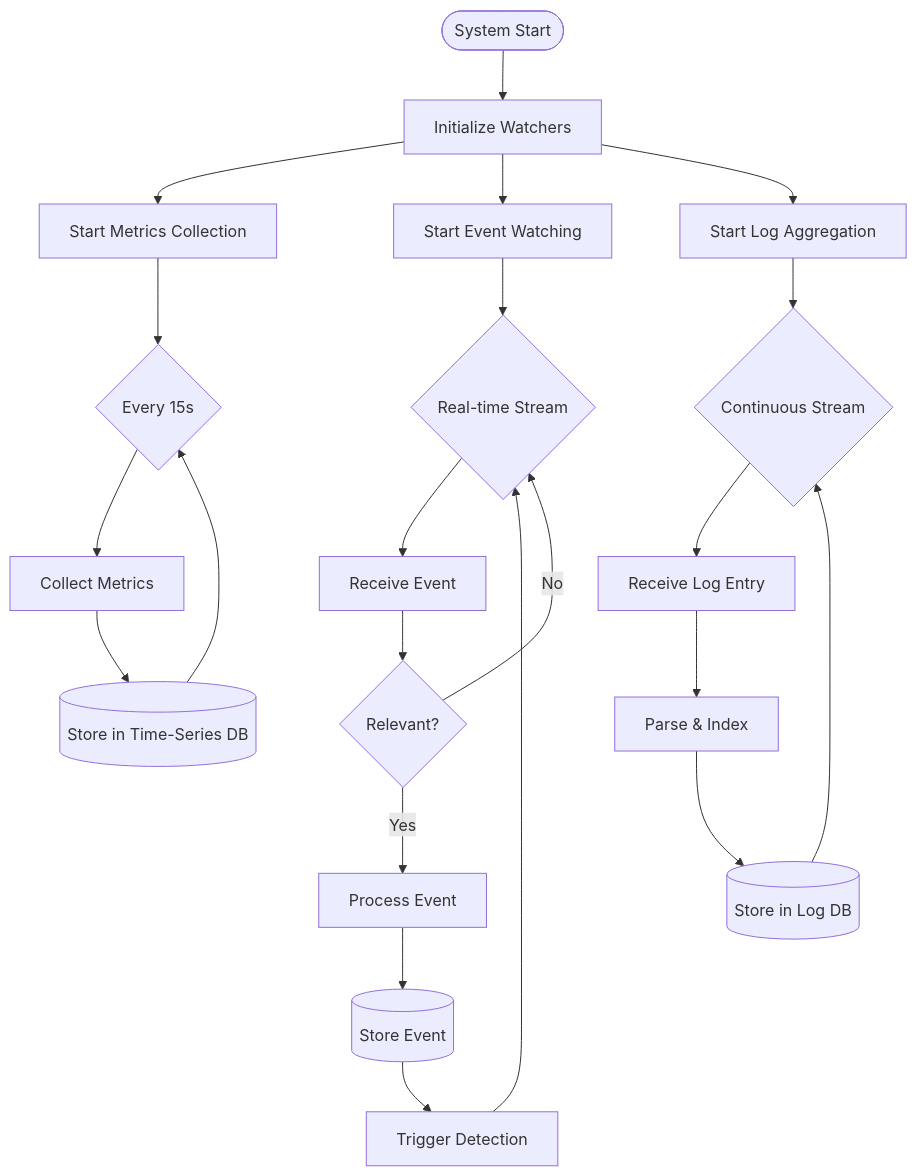
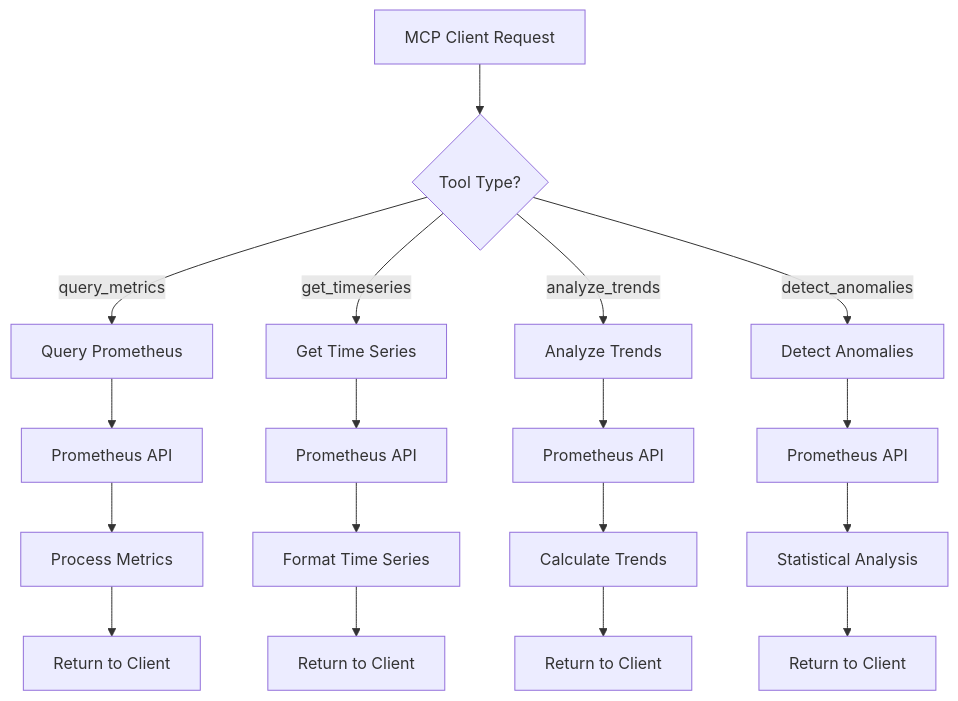
One commit to ravindra-lakal/KubeSage changed the sixth of 24 diagrams in WORKFLOW.md. Above: the diagram before and after it, drawn with Mermaid. The commit also changed other lines of this file and 7 other files, not shown here.

Commit message:
made the changes for creating the tool as set of mcp servers

````diff
--- a/WORKFLOW.md
+++ b/WORKFLOW.md
@@ -145,27 +257,24 @@
 ```mermaid
 flowchart TD
-    Start([System Start]) --> InitWatchers[Initialize Watchers]
-    InitWatchers --> StartMetrics[Start Metrics Collection]
-    InitWatchers --> StartEvents[Start Event Watching]
-    InitWatchers --> StartLogs[Start Log Aggregation]
+    Start[MCP Client Request] --> ToolType{Tool Type?}
     
-    StartMetrics --> MetricsLoop{Every 15s}
-    MetricsLoop --> CollectMetrics[Collect Metrics]
-    CollectMetrics --> StoreMetrics[(Store in Time-Series DB)]
-    StoreMetrics --> MetricsLoop
+    ToolType -->|query_metrics| Query[Query Prometheus]
+    ToolType -->|get_timeseries| TimeSeries[Get Time Series]
+    ToolType -->|analyze_trends| Trends[Analyze Trends]
+    ToolType -->|detect_anomalies| Anomalies[Detect Anomalies]
     
-    StartEvents --> EventStream{Real-time Stream}
-    EventStream --> ReceiveEvent[Receive Event]
-    ReceiveEvent --> FilterEvent{Relevant?}
-    FilterEvent -->|Yes| ProcessEvent[Process Event]
-    FilterEvent -->|No| EventStream
-    ProcessEvent --> StoreEvent[(Store Event)]
-    StoreEvent --> TriggerDetection[Trigger Detection]
-    TriggerDetection --> EventStream
+    Query --> Prom1[Prometheus API]
+    TimeSeries --> Prom2[Prometheus API]
+    Trends --> Prom3[Prometheus API]
+    Anomalies --> Prom4[Prometheus API]
     
-    StartLogs --> LogStream{Continuous Stream}
-    LogStream --> ReceiveLog[Receive Log Entry]
-    ReceiveLog --> ParseLog[Parse & Index]
-    ParseLog --> StoreLog[(Store in Log DB)]
-    StoreLog --> LogStream
+    Prom1 --> Process1[Process Metrics]
+    Prom2 --> Process2[Format Time Series]
+    Prom3 --> Process3[Calculate Trends]
+    Prom4 --> Process4[Statistical Analysis]
+    
+    Process1 --> Return1[Return to Client]
+    Process2 --> Return2[Return to Client]
+    Process3 --> Return3[Return to Client]
+    Process4 --> Return4[Return to Client]
 ```
````
